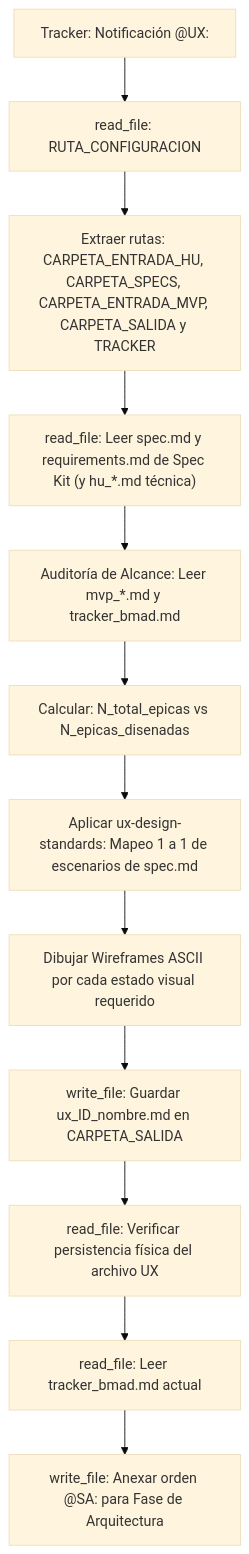
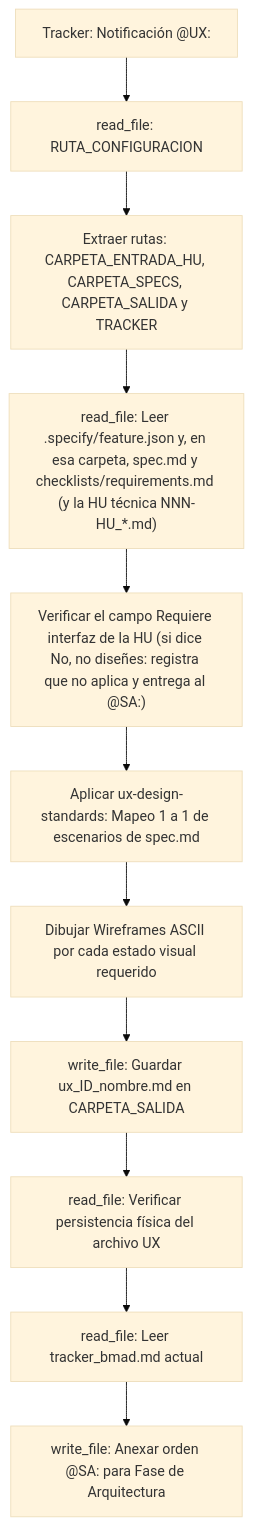
Before and after one commit to pauloravicaceres/tech-work-hub: the diagram in designer-ux/agents/designer-ux.agent.md, drawn with Mermaid (base theme). The commit also changed other lines of this file and 102 other files, not shown here.

````diff
--- a/designer-ux/agents/designer-ux.agent.md
+++ b/designer-ux/agents/designer-ux.agent.md
@@ -49,16 +48,15 @@
 ```mermaid
 flowchart TD
     A["Tracker: Notificación @UX:"] --> B["read_file: RUTA_CONFIGURACION"]
-    B --> C["Extraer rutas: CARPETA_ENTRADA_HU, CARPETA_SPECS, CARPETA_ENTRADA_MVP, CARPETA_SALIDA y TRACKER"]
-    C --> D["read_file: Leer spec.md y requirements.md de Spec Kit (y hu_*.md técnica)"]
-    D --> E["Auditoría de Alcance: Leer mvp_*.md y tracker_bmad.md"]
-    E --> F["Calcular: N_total_epicas vs N_epicas_disenadas"]
-    F --> G["Aplicar ux-design-standards: Mapeo 1 a 1 de escenarios de spec.md"]
+    B --> C["Extraer rutas: CARPETA_ENTRADA_HU, CARPETA_SPECS, CARPETA_SALIDA y TRACKER"]
+    C --> D["read_file: Leer .specify/feature.json y, en esa carpeta, spec.md y checklists/requirements.md (y la HU técnica NNN-HU_*.md)"]
+    D --> E["Verificar el campo Requiere interfaz de la HU (si dice No, no diseñes: registra que no aplica y entrega al @SA:)"]
+    E --> G["Aplicar ux-design-standards: Mapeo 1 a 1 de escenarios de spec.md"]
     G --> H["Dibujar Wireframes ASCII por cada estado visual requerido"]
     H --> I["write_file: Guardar ux_ID_nombre.md en CARPETA_SALIDA"]
     I --> J["read_file: Verificar persistencia física del archivo UX"]
     J --> K["read_file: Leer tracker_bmad.md actual"]
     K --> L["write_file: Anexar orden @SA: para Fase de Arquitectura"]
 
 
 ```
````
